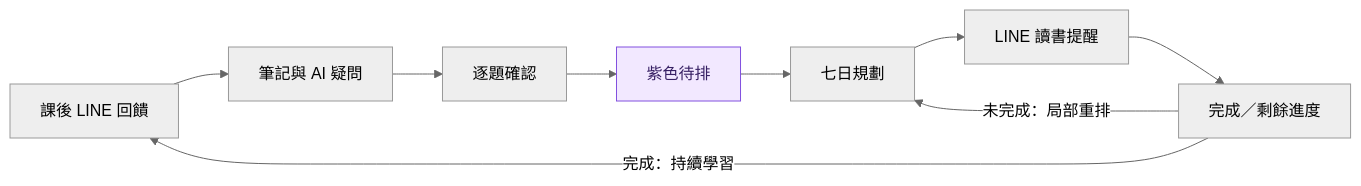
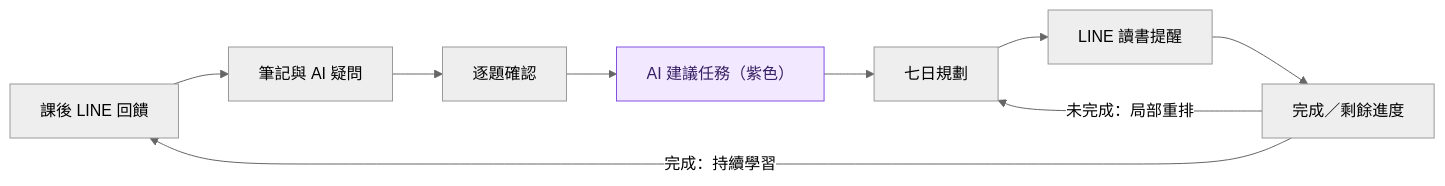
One commit to joeuser-max/python-14-studybot changed the first of 2 diagrams in README.md. Above: the diagram before and after it, drawn with Mermaid (neutral theme). The commit also changed other lines of this file, not shown here.

````diff
--- a/README.md
+++ b/README.md
@@ -11,13 +27,13 @@
 ```mermaid
 flowchart LR
     A["課後 LINE 回饋"] --> B["筆記與 AI 疑問"]
     B --> C["逐題確認"]
-    C --> D["紫色待排"]
+    C --> D["AI 建議任務（紫色）"]
     D --> E["七日規劃"]
     E --> F["LINE 讀書提醒"]
     F --> G["完成／剩餘進度"]
     G -->|未完成：局部重排| E
     G -->|完成：持續學習| A
     classDef task fill:#f2e8ff,stroke:#8250df,color:#372064
     class D task
 ```
````
